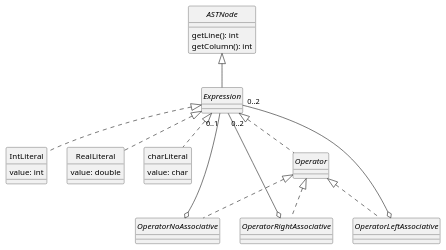
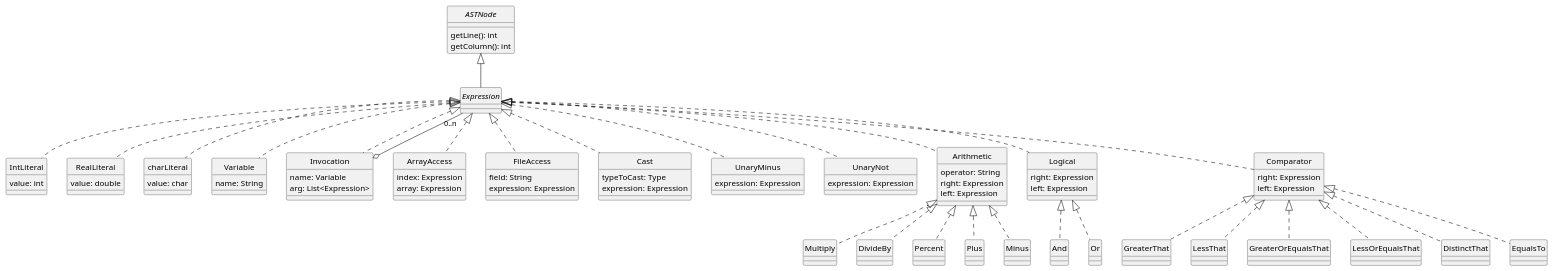
The diagram in docs/diagrams/expressions.plantuml (uo277516/dlp-compiler), drawn with PlantUML before and after one commit. The commit also changed 57 other files, not shown here.

Commit message:
Implementación de los diagramas - primera version

```diff
--- a/docs/diagrams/expressions.plantuml
+++ b/docs/diagrams/expressions.plantuml
@@ -1,48 +1,145 @@
 @startuml Expressions
 skinparam style strictuml
 skinparam monochrome true
 
 
 interface ASTNode {
     getLine(): int
     getColumn(): int
 }
 
 interface Expression
-
 
 class IntLiteral {
     value: int
 }
 
 class RealLiteral {
     value: double
 }
 
 class charLiteral {
     value: char
 }
 
-interface Operator
+class Variable {
+    name: String
+}
 
-interface OperatorNoAssociative
-interface OperatorRightAssociative
-interface OperatorLeftAssociative
+class Invocation {
+    name: Variable
+    arg: List<Expression>
+}
+
+class ArrayAccess {
+    index: Expression
+    array: Expression
+
+}
+
+
+class Multiply {
+}
+
+class DivideBy {}
+
+class Percent{}
+
+class Plus{}
+
+class Minus{}
+
+class GreaterThat{}
+
+class LessThat{}
+
+class GreaterOrEqualsThat{}
+
+class LessOrEqualsThat{}
+
+class DistinctThat{}
+
+class EqualsTo{}
+
+class FileAccess {
+    field: String
+    expression: Expression
+}
+
+class And
+
+class Or
+
+class Cast{
+    typeToCast: Type
+    expression: Expression
+}
+
+class UnaryMinus {
+    expression: Expression
+}
+
+class UnaryNot {
+    expression: Expression
+}
+
+class Arithmetic {
+    operator: String
+    right: Expression
+    left: Expression
+}
+class Logical {
+
+    right: Expression
+    left: Expression
+
+}
+
+class Comparator {
+    right: Expression
+    left: Expression
+}
+
+
+Invocation o-- "0..n" Expression
+
+
+Expression <|.. Invocation
+
 
 
 ASTNode <|-- Expression
 Expression <|.. IntLiteral
 Expression <|.. RealLiteral
 Expression <|.. charLiteral
-Expression <|.. Operator
+Expression <|.. Variable
+Expression <|.. Cast
+Expression <|.. UnaryMinus
+Expression <|.. UnaryNot
 
-Operator <|.. OperatorNoAssociative
-Operator <|.. OperatorRightAssociative
-Operator <|.. OperatorLeftAssociative
+Expression <|.. FileAccess
+Expression <|.. Arithmetic
+Expression <|.. Logical
 
-OperatorNoAssociative o-- "0..1" Expression
-OperatorRightAssociative o-- "0..2" Expression
-OperatorLeftAssociative o-- "0..2" Expression
+Expression <|.. Comparator
+
+Expression <|.. ArrayAccess
+
+Arithmetic <|.. Plus
+Arithmetic <|.. Multiply
+Arithmetic <|.. DivideBy
+Arithmetic <|.. Percent
+Arithmetic <|.. Minus
 
 
+Logical <|.. And
+Logical <|.. Or
+
+Comparator <|.. GreaterThat
+Comparator <|.. GreaterOrEqualsThat
+Comparator <|.. LessOrEqualsThat
+Comparator <|.. LessThat
+Comparator <|.. EqualsTo
+Comparator <|.. DistinctThat
+
 @enduml
```
